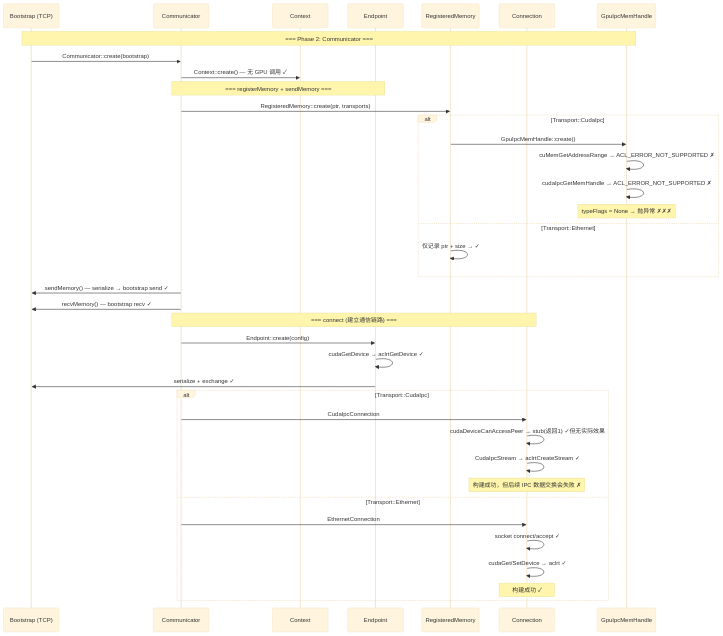
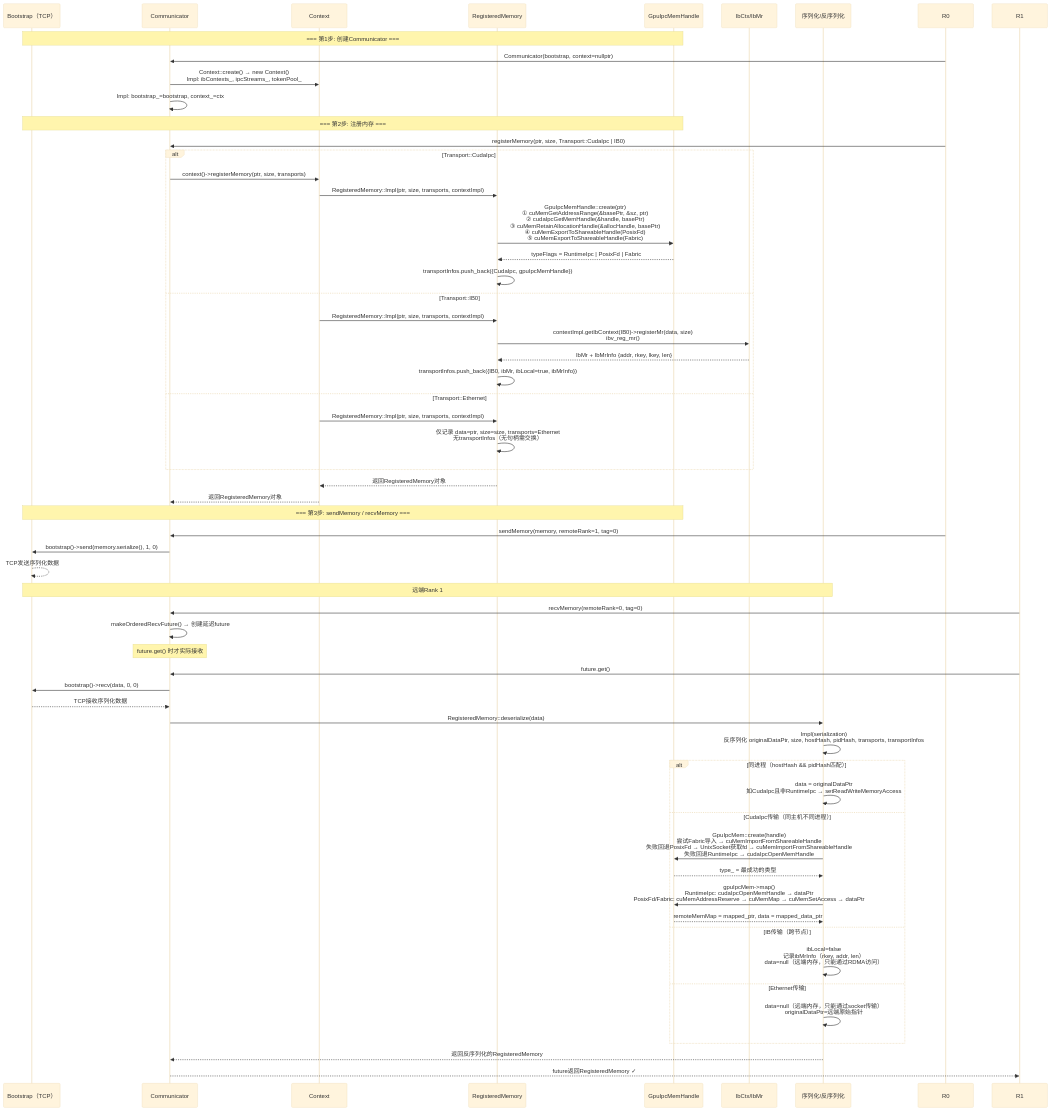
One commit to wangguimin18-boop/mscclpp changed the fourth of 7 diagrams in .opencode/knowledge/bootstrap-cann-analysis.md. Above: the diagram before and after it, drawn with Mermaid (base theme). The commit also changed other lines of this file, not shown here.

Commit message:
docs(cann): expand bootstrap init analysis with class/flow/sequence diagrams and Chinese annotations

````diff
--- a/.opencode/knowledge/bootstrap-cann-analysis.md
+++ b/.opencode/knowledge/bootstrap-cann-analysis.md
@@ -39,45 +535,74 @@
 ```mermaid
 sequenceDiagram
-    participant BOOT as Bootstrap (TCP)
+    participant BOOT as Bootstrap（TCP）
     participant COMM as Communicator
     participant CTX as Context
-    participant EP as Endpoint
     participant RM as RegisteredMemory
-    participant CONN as Connection
     participant IPC as GpuIpcMemHandle
+    participant IB as IbCtx/IbMr
+    participant SER as 序列化/反序列化
 
-    Note over BOOT,IPC: === Phase 2: Communicator ===
-    BOOT->>COMM: Communicator::create(bootstrap)
-    COMM->>CTX: Context::create() — 无 GPU 调用 ✓
+    Note over BOOT,IPC: === 第1步: 创建Communicator ===
 
-    Note over COMM,EP: === registerMemory + sendMemory ===
-    COMM->>RM: RegisteredMemory::create(ptr, transports)
+    R0->>COMM: Communicator(bootstrap, context=nullptr)
+    COMM->>CTX: Context::create() → new Context()<br/>Impl: ibContexts_, ipcStreams_, tokenPool_
+    COMM->>COMM: Impl: bootstrap_=bootstrap, context_=ctx
+
+    Note over BOOT,IPC: === 第2步: 注册内存 ===
+
+    R0->>COMM: registerMemory(ptr, size, Transport::CudaIpc | IB0)
+
     alt Transport::CudaIpc
-        RM->>IPC: GpuIpcMemHandle::create()
-        IPC->>IPC: cuMemGetAddressRange → ACL_ERROR_NOT_SUPPORTED ✗
-        IPC->>IPC: cudaIpcGetMemHandle → ACL_ERROR_NOT_SUPPORTED ✗
-        Note over IPC: typeFlags = None → 抛异常 ✗✗✗
+        COMM->>CTX: context()->registerMemory(ptr, size, transports)
+        CTX->>RM: RegisteredMemory::Impl(ptr, size, transports, contextImpl)
+        RM->>IPC: GpuIpcMemHandle::create(ptr)<br/>① cuMemGetAddressRange(&basePtr, &sz, ptr)<br/>② cudaIpcGetMemHandle(&handle, basePtr)<br/>③ cuMemRetainAllocationHandle(&allocHandle, basePtr)<br/>④ cuMemExportToShareableHandle(PosixFd)<br/>⑤ cuMemExportToShareableHandle(Fabric)
+        IPC-->>RM: typeFlags = RuntimeIpc | PosixFd | Fabric
+        RM->>RM: transportInfos.push_back({CudaIpc, gpuIpcMemHandle})
+    else Transport::IB0
+        CTX->>RM: RegisteredMemory::Impl(ptr, size, transports, contextImpl)
+        RM->>IB: contextImpl.getIbContext(IB0)->registerMr(data, size)<br/>ibv_reg_mr()
+        IB-->>RM: IbMr + IbMrInfo {addr, rkey, lkey, len}
+        RM->>RM: transportInfos.push_back({IB0, ibMr, ibLocal=true, ibMrInfo})
     else Transport::Ethernet
-        RM->>RM: 仅记录 ptr + size → ✓
+        CTX->>RM: RegisteredMemory::Impl(ptr, size, transports, contextImpl)
+        RM->>RM: 仅记录 data=ptr, size=size, transports=Ethernet<br/>无transportInfos（无句柄需交换）
     end
 
-    COMM->>BOOT: sendMemory() — serialize → bootstrap send ✓
-    COMM->>BOOT: recvMemory() — bootstrap recv ✓
+    RM-->>CTX: 返回RegisteredMemory对象
+    CTX-->>COMM: 返回RegisteredMemory对象
 
-    Note over COMM,CONN: === connect (建立通信链路) ===
-    COMM->>EP: Endpoint::create(config)
-    EP->>EP: cudaGetDevice → aclrtGetDevice ✓
-    EP->>BOOT: serialize + exchange ✓
+    Note over BOOT,IPC: === 第3步: sendMemory / recvMemory ===
 
-    alt Transport::CudaIpc
-        COMM->>CONN: CudaIpcConnection
-        CONN->>CONN: cudaDeviceCanAccessPeer → stub(返回1) ✓但无实际效果
-        CONN->>CONN: CudaIpcStream → aclrtCreateStream ✓
-        Note over CONN: 构建成功，但后续 IPC 数据交换会失败 ✗
-    else Transport::Ethernet
-        COMM->>CONN: EthernetConnection
-        CONN->>CONN: socket connect/accept ✓
-        CONN->>CONN: cudaGet/SetDevice → aclrt ✓
-        Note over CONN: 构建成功 ✓
+    R0->>COMM: sendMemory(memory, remoteRank=1, tag=0)
+    COMM->>BOOT: bootstrap()->send(memory.serialize(), 1, 0)
+    BOOT-->>BOOT: TCP发送序列化数据
+
+    Note over BOOT,SER: 远端Rank 1
+
+    R1->>COMM: recvMemory(remoteRank=0, tag=0)
+    COMM->>COMM: makeOrderedRecvFuture() → 创建延迟future
+    Note over COMM: future.get() 时才实际接收
+
+    R1->>COMM: future.get()
+    COMM->>BOOT: bootstrap()->recv(data, 0, 0)
+    BOOT-->>COMM: TCP接收序列化数据
+
+    COMM->>SER: RegisteredMemory::deserialize(data)
+    SER->>SER: Impl(serialization)<br/>反序列化 originalDataPtr, size, hostHash, pidHash, transports, transportInfos
+
+    alt 同进程（hostHash && pidHash匹配）
+        SER->>SER: data = originalDataPtr<br/>如CudaIpc且非RuntimeIpc → setReadWriteMemoryAccess
+    else CudaIpc传输（同主机不同进程）
+        SER->>IPC: GpuIpcMem::create(handle)<br/>尝试Fabric导入 → cuMemImportFromShareableHandle<br/>失败回退PosixFd → UnixSocket获取fd → cuMemImportFromShareableHandle<br/>失败回退RuntimeIpc → cudaIpcOpenMemHandle
+        IPC-->>SER: type_ = 最成功的类型
+        SER->>IPC: gpuIpcMem->map()<br/>RuntimeIpc: cudaIpcOpenMemHandle → dataPtr<br/>PosixFd/Fabric: cuMemAddressReserve → cuMemMap → cuMemSetAccess → dataPtr
+        IPC-->>SER: remoteMemMap = mapped_ptr, data = mapped_data_ptr
+    else IB传输（跨节点）
+        SER->>SER: ibLocal=false<br/>记录ibMrInfo（rkey, addr, len）<br/>data=null（远端内存，只能通过RDMA访问）
+    else Ethernet传输
+        SER->>SER: data=null（远端内存，只能通过socket传输）<br/>originalDataPtr=远端原始指针
     end
+
+    SER-->>COMM: 返回反序列化的RegisteredMemory
+    COMM-->>R1: future返回RegisteredMemory ✓
 ```
````
